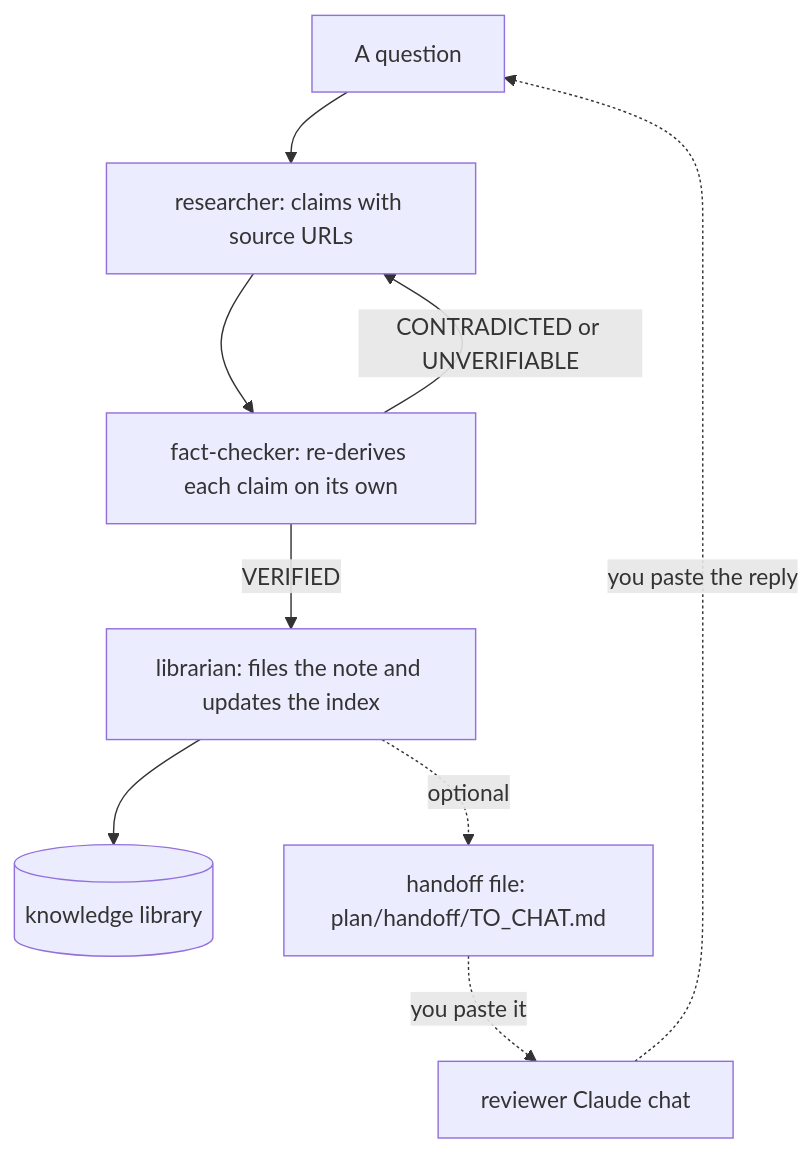
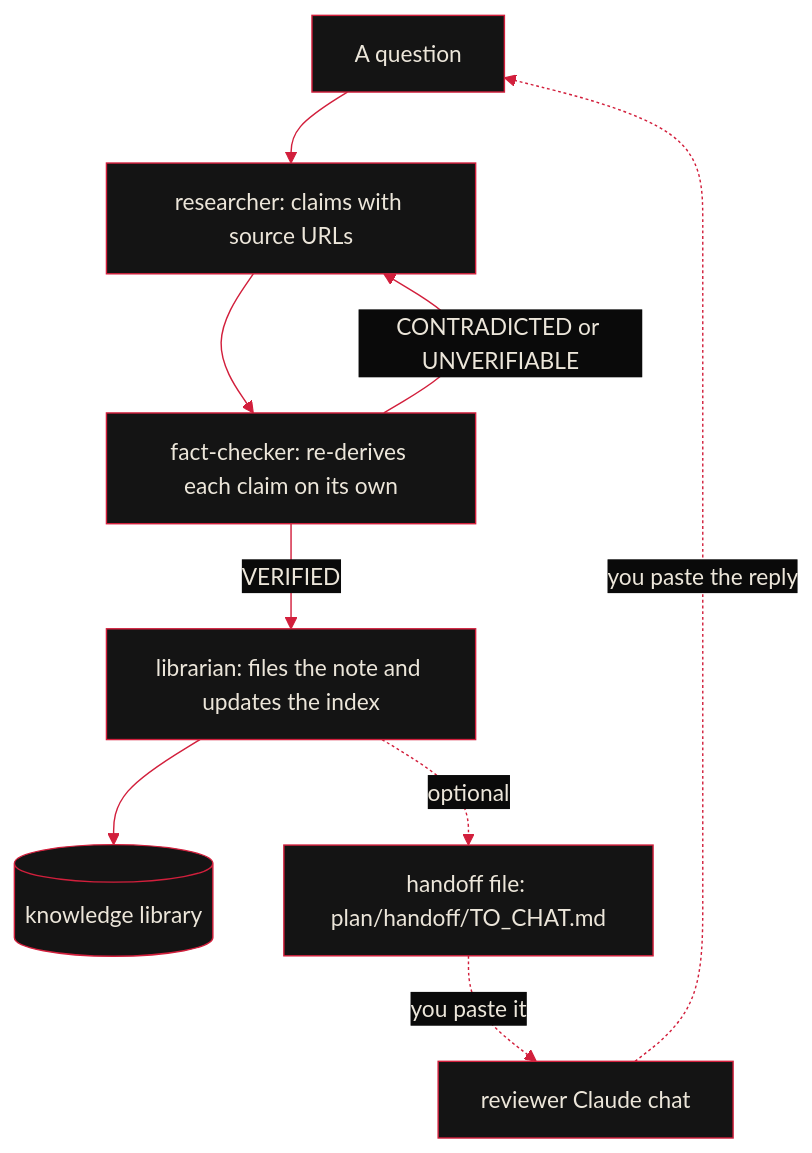
Before and after one commit to mementomori-co/maker-mastery: the second of 3 diagrams in README.md, drawn with Mermaid. The commit also changed other lines of this file and 90 other files, not shown here.

Commit message:
Hotfix: master crest hero and website-style README (section headers, ticker, cards, domain tiles, branded diagrams)

````diff
--- a/README.md
+++ b/README.md
@@ -200,11 +256,12 @@
 ```mermaid
+%%{init: {'theme':'base','themeVariables':{'background':'#0A0A0A','primaryColor':'#141414','primaryTextColor':'#ECE6DA','primaryBorderColor':'#D21F3C','lineColor':'#D21F3C','secondaryColor':'#1C1C1C','tertiaryColor':'#0A0A0A','clusterBkg':'#101010','clusterBorder':'#D21F3C','edgeLabelBackground':'#0A0A0A','textColor':'#ECE6DA','titleColor':'#ECE6DA','mainBkg':'#141414','nodeBorder':'#D21F3C'}}}%%
 flowchart TD
     q["A question"] --> r["researcher: claims with source URLs"]
     r --> fc["fact-checker: re-derives each claim on its own"]
     fc -- "VERIFIED" --> lib["librarian: files the note and updates the index"]
     fc -- "CONTRADICTED or UNVERIFIABLE" --> r
     lib --> k[("knowledge library")]
     lib -. "optional" .-> h["handoff file: plan/handoff/TO_CHAT.md"]
     h -. "you paste it" .-> rev["reviewer Claude chat"]
     rev -. "you paste the reply" .-> q
 ```
````
